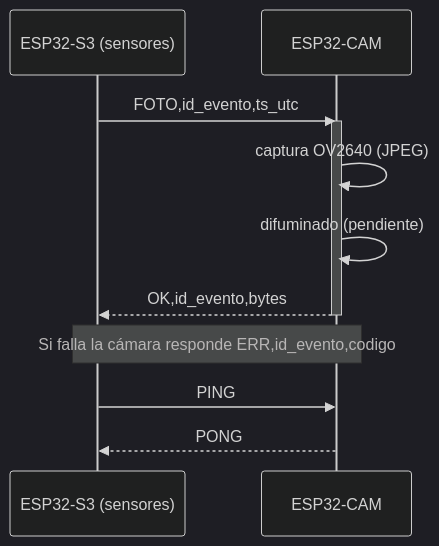
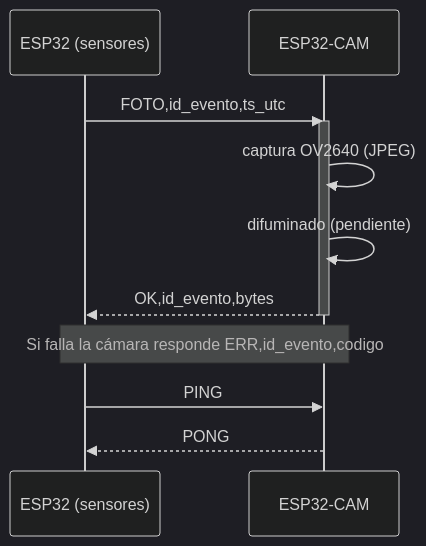
Before and after one commit to via-viva-usta/via-viva: the third of 3 diagrams in docs/diagramas/01_arquitectura.md, drawn with Mermaid (dark theme). The commit also changed other lines of this file and 14 other files, not shown here.

````diff
--- a/docs/diagramas/01_arquitectura.md
+++ b/docs/diagramas/01_arquitectura.md
@@ -83,14 +83,14 @@
 ```mermaid
 sequenceDiagram
-    participant S as ESP32-S3 (sensores)
+    participant S as ESP32 (sensores)
     participant C as ESP32-CAM
     S->>C: FOTO,id_evento,ts_utc
     activate C
     C->>C: captura OV2640 (JPEG)
     C->>C: difuminado (pendiente)
     C-->>S: OK,id_evento,bytes
     deactivate C
     Note over S,C: Si falla la cámara responde ERR,id_evento,codigo
     S->>C: PING
     C-->>S: PONG
 ```
````
